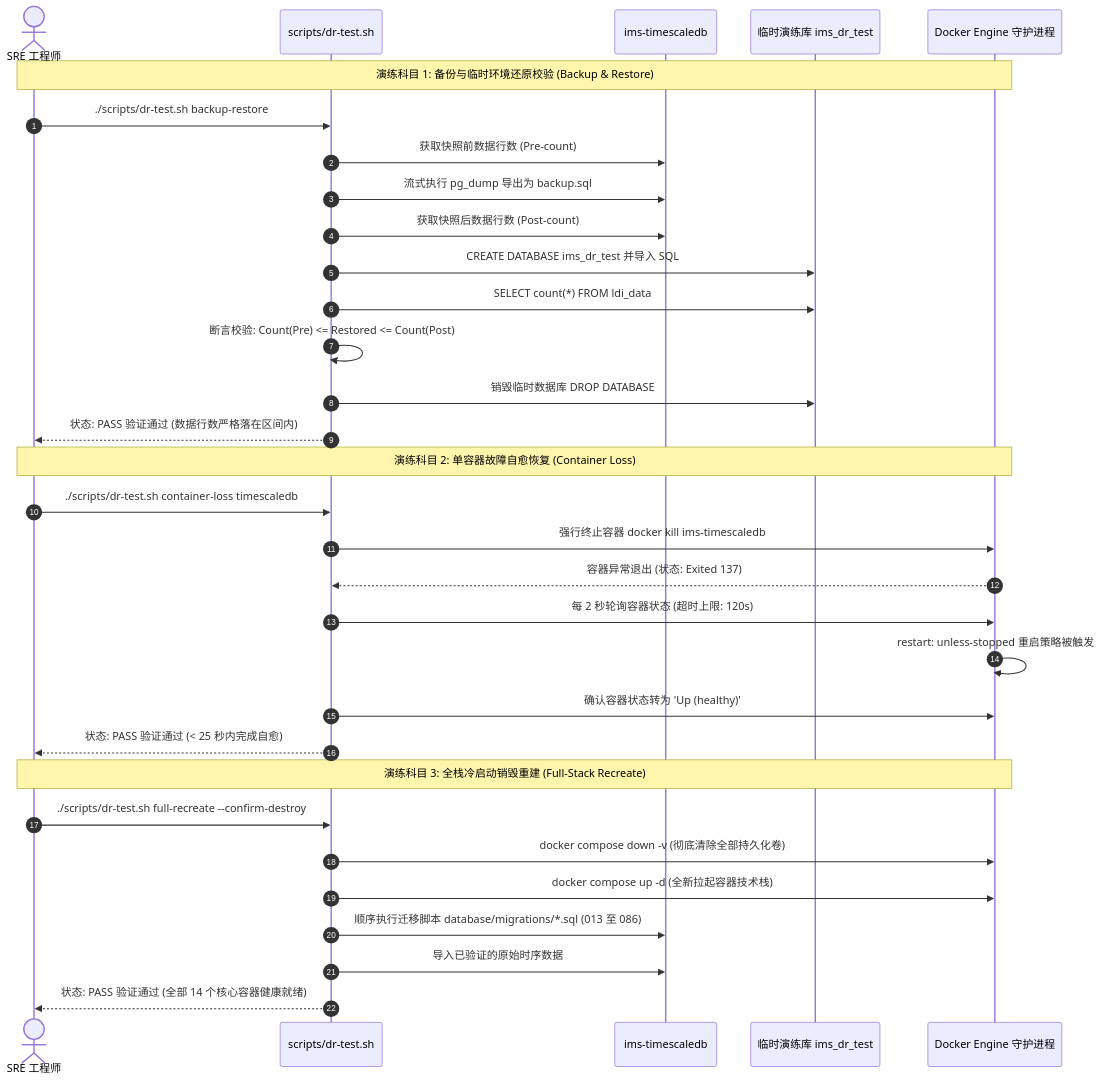
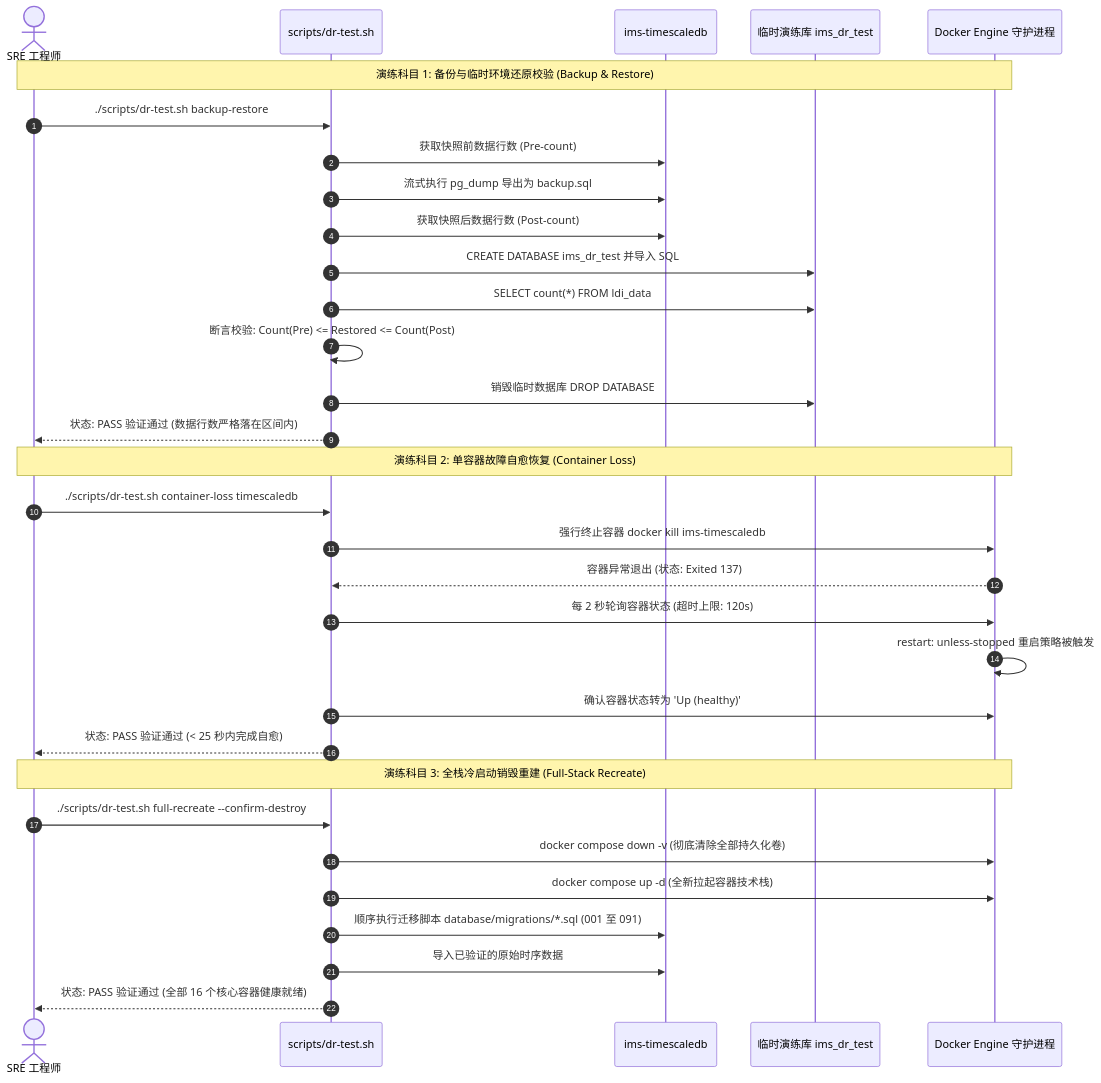
Before and after one commit to PATTANAKORN025/IMS: the diagram in zh-CN/docs/operations/DR_TEST_PLAN.md, drawn with Mermaid. The commit also changed 50 other files, not shown here.

First line of the commit message:
docs: align architecture facts, topologies, and tri-language mirrors

````diff
--- a/zh-CN/docs/operations/DR_TEST_PLAN.md
+++ b/zh-CN/docs/operations/DR_TEST_PLAN.md
@@ -28,37 +28,37 @@
 ```mermaid
 sequenceDiagram
   autonumber
   actor SRE as SRE 工程师
   participant Script as scripts/dr-test.sh
   participant DB as ims-timescaledb
   participant TestDB as 临时演练库 ims_dr_test
   participant Docker as Docker Engine 守护进程
 
   Note over SRE,Docker: 演练科目 1: 备份与临时环境还原校验 (Backup & Restore)
   SRE->>Script: ./scripts/dr-test.sh backup-restore
   Script->>DB: 获取快照前数据行数 (Pre-count)
   Script->>DB: 流式执行 pg_dump 导出为 backup.sql
   Script->>DB: 获取快照后数据行数 (Post-count)
   Script->>TestDB: CREATE DATABASE ims_dr_test 并导入 SQL
   Script->>TestDB: SELECT count(*) FROM ldi_data
   Script->>Script: 断言校验: Count(Pre) <= Restored <= Count(Post)
   Script->>TestDB: 销毁临时数据库 DROP DATABASE
   Script-->>SRE: 状态: PASS 验证通过 (数据行数严格落在区间内)
 
   Note over SRE,Docker: 演练科目 2: 单容器故障自愈恢复 (Container Loss)
   SRE->>Script: ./scripts/dr-test.sh container-loss timescaledb
   Script->>Docker: 强行终止容器 docker kill ims-timescaledb
   Docker-->>Script: 容器异常退出 (状态: Exited 137)
   Script->>Docker: 每 2 秒轮询容器状态 (超时上限: 120s)
   Docker->>Docker: restart: unless-stopped 重启策略被触发
   Script->>Docker: 确认容器状态转为 'Up (healthy)'
   Script-->>SRE: 状态: PASS 验证通过 (< 25 秒内完成自愈)
 
   Note over SRE,Docker: 演练科目 3: 全栈冷启动销毁重建 (Full-Stack Recreate)
   SRE->>Script: ./scripts/dr-test.sh full-recreate --confirm-destroy
   Script->>Docker: docker compose down -v (彻底清除全部持久化卷)
   Script->>Docker: docker compose up -d (全新拉起容器技术栈)
-  Script->>DB: 顺序执行迁移脚本 database/migrations/*.sql (013 至 086)
+  Script->>DB: 顺序执行迁移脚本 database/migrations/*.sql (001 至 091)
   Script->>DB: 导入已验证的原始时序数据
-  Script-->>SRE: 状态: PASS 验证通过 (全部 14 个核心容器健康就绪)
+  Script-->>SRE: 状态: PASS 验证通过 (全部 16 个核心容器健康就绪)
 ```
````
